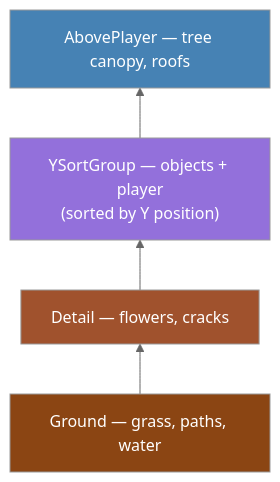
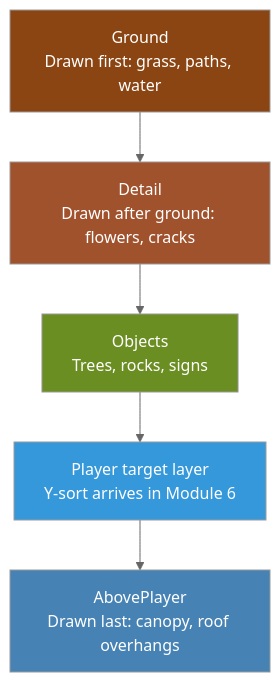
Before and after one commit to Jorge-D-Robles/gemini-fantasy: the second of 2 diagrams in tutorial/05_tilemaps_and_terrain.md, drawn with Mermaid (neutral theme). The commit also changed other lines of this file and 24 other files, not shown here.

Commit message:
Refine tutorial Mermaid diagrams

````diff
--- a/tutorial/05_tilemaps_and_terrain.md
+++ b/tutorial/05_tilemaps_and_terrain.md
@@ -165,11 +170,19 @@
 ```mermaid
-graph BT
-    G["Ground — grass, paths, water"] --> D["Detail — flowers, cracks"]
-    D --> YS["YSortGroup — objects + player\n(sorted by Y position)"]
-    YS --> AP["AbovePlayer — tree canopy, roofs"]
+graph TD
+    G["Ground\nDrawn first: grass, paths, water"]
+    D["Detail\nDrawn after ground: flowers, cracks"]
+    O["Objects\nTrees, rocks, signs"]
+    P["Player target layer\nY-sort arrives in Module 6"]
+    AP["AbovePlayer\nDrawn last: canopy, roof overhangs"]
+
+    G --> D
+    D --> O
+    O --> P
+    P --> AP
 
     style G fill:#8B4513,color:#fff
     style D fill:#A0522D,color:#fff
-    style YS fill:#9370DB,color:#fff
+    style O fill:#6B8E23,color:#fff
+    style P fill:#3498db,color:#fff
     style AP fill:#4682B4,color:#fff
 ```
````
